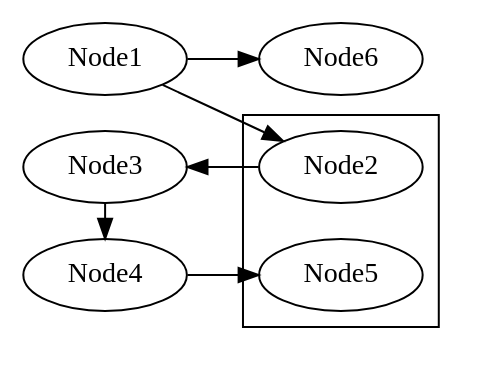
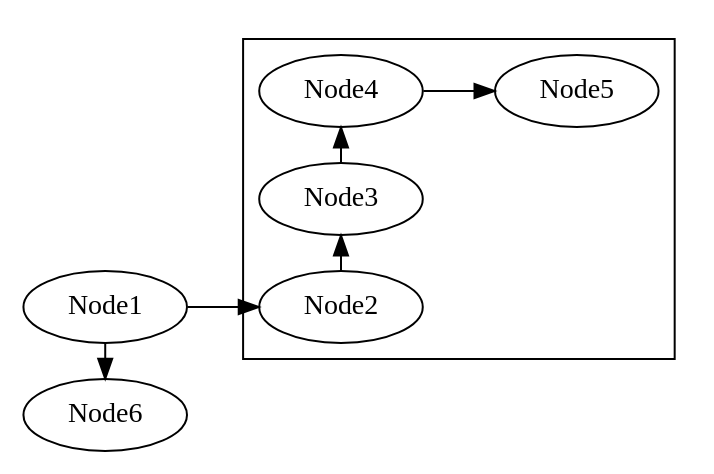
Before and after one commit to sisyphus1212/note: the fifth of 5 diagrams in other/graphviz.md, drawn with Graphviz.

Commit message:
auto_update

````diff
--- a/other/graphviz.md
+++ b/other/graphviz.md
@@ -61,18 +61,18 @@
 ```graphviz
 digraph {
     rankdir=LR
     node[]"Node1";
     node[]"Node6";
     subgraph cluster_vertical_example{
     "Node2"-> "Node3";
     "Node3"-> "Node4";
 
     {rankdir=LR rank=same; "Node2"; "Node3"; "Node4";}
     "Node4"->"Node5"
     }
-    {rankdir=LR rank=same; "Node1"; "Node3"; "Node4";}
+    {rankdir=LR rank=same; "Node1"; "Node6";}
 
     Node1 -> Node2
     Node1 -> Node6
 }
 ```
````
